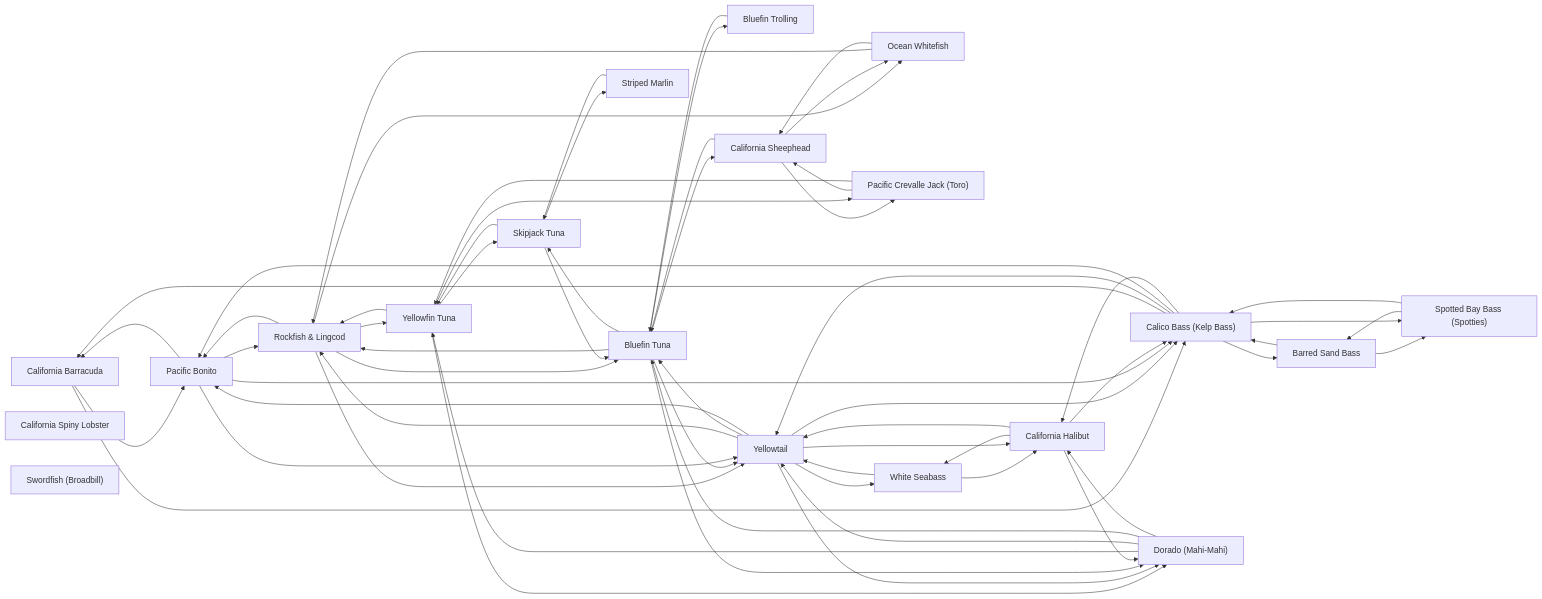
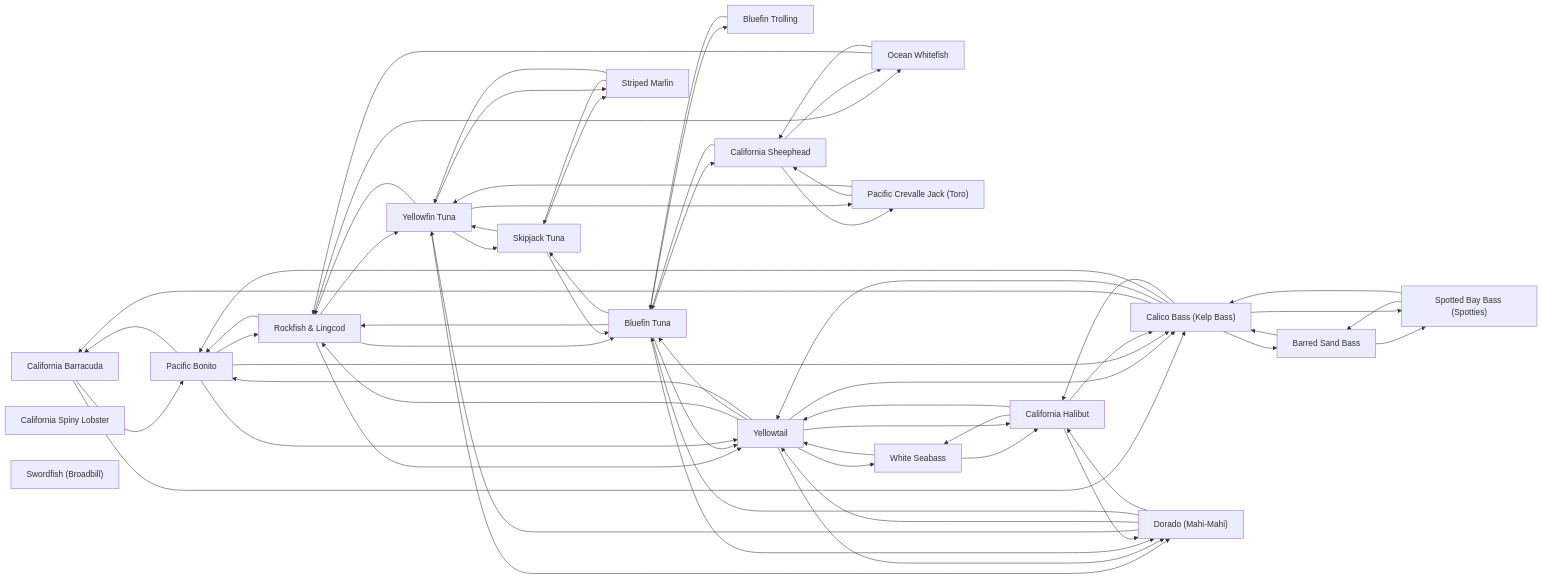
The diagram in species/README.md (camchuckpete-max/Socal-Fishing-Knowledge), drawn with Mermaid before and after one commit. The commit also changed 4 other files, not shown here.

```diff
--- a/species/README.md
+++ b/species/README.md
@@ -71,10 +71,12 @@
   n14 --> n11
   n14 --> n4
   n15 --> n13
+  n15 --> n18
   n17 --> n19
   n17 --> n5
   n18 --> n10
   n18 --> n13
+  n18 --> n15
   n18 --> n7
   n18 --> n9
   n19 --> n10
```
